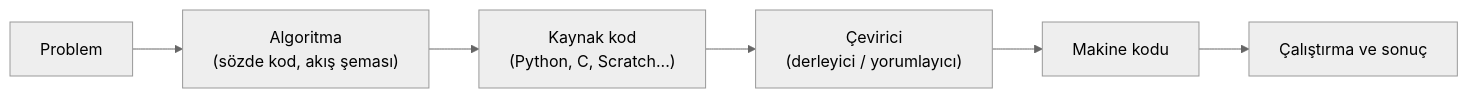
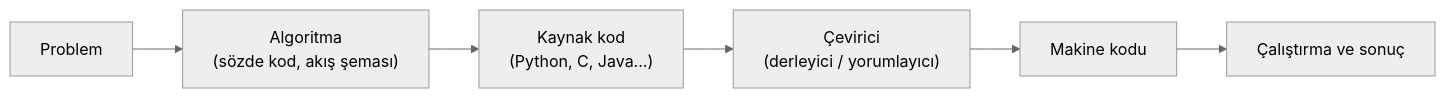
Before and after one commit to aligunesgit/AlgoritmaTasarimi: the second of 3 diagrams in m1_algoritma_ve_problem_cozme/README.md, drawn with Mermaid (neutral theme). The commit also changed other lines of this file and 19 other files, not shown here.

First line of the commit message:
content: remove Scratch, keep flowchart → Python

````diff
--- a/m1_algoritma_ve_problem_cozme/README.md
+++ b/m1_algoritma_ve_problem_cozme/README.md
@@ -122,8 +122,8 @@
 ```mermaid
 flowchart LR
     P["Problem"] --> A["Algoritma<br>(sözde kod, akış şeması)"]
-    A --> K["Kaynak kod<br>(Python, C, Scratch...)"]
+    A --> K["Kaynak kod<br>(Python, C, Java...)"]
     K --> T["Çevirici<br>(derleyici / yorumlayıcı)"]
     T --> M["Makine kodu"]
     M --> S["Çalıştırma ve sonuç"]
 ```
````
